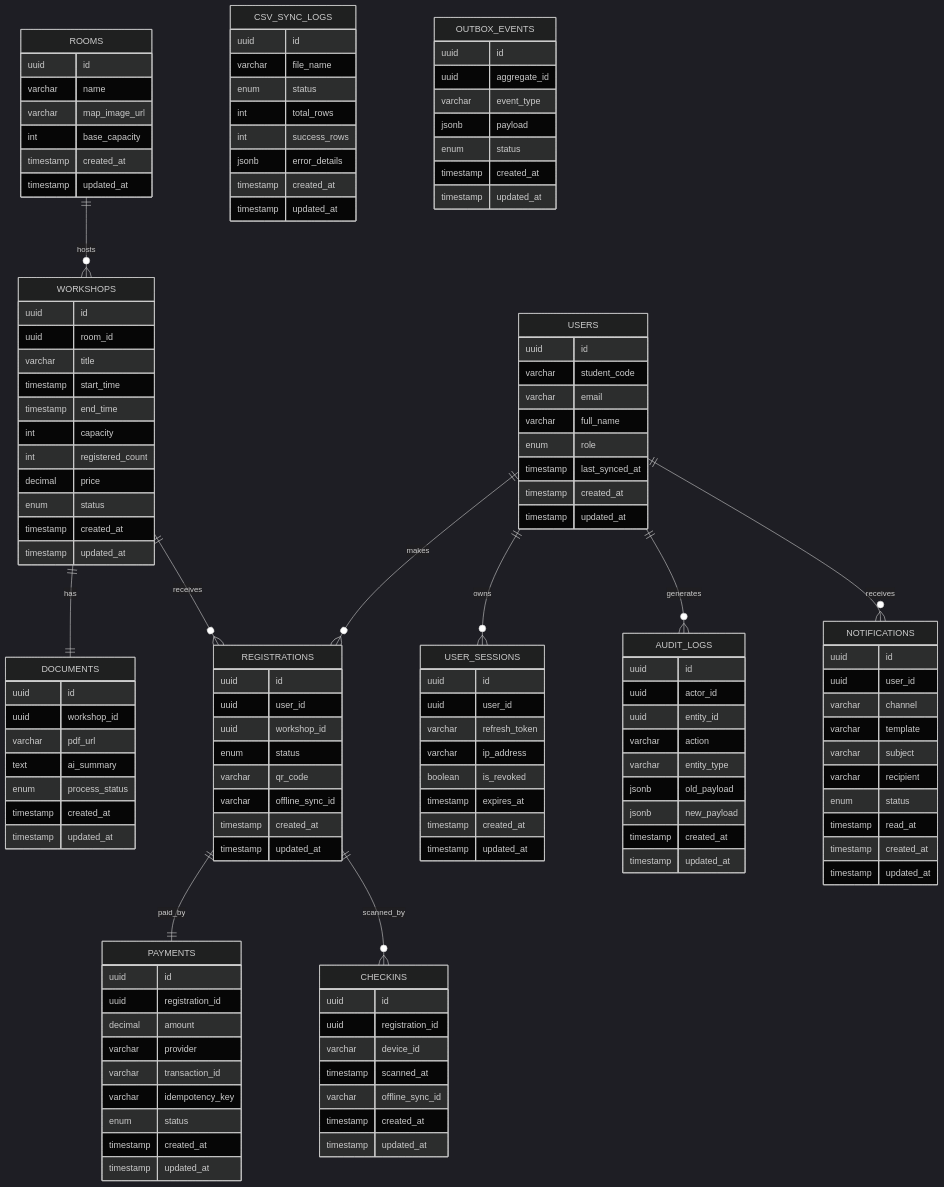
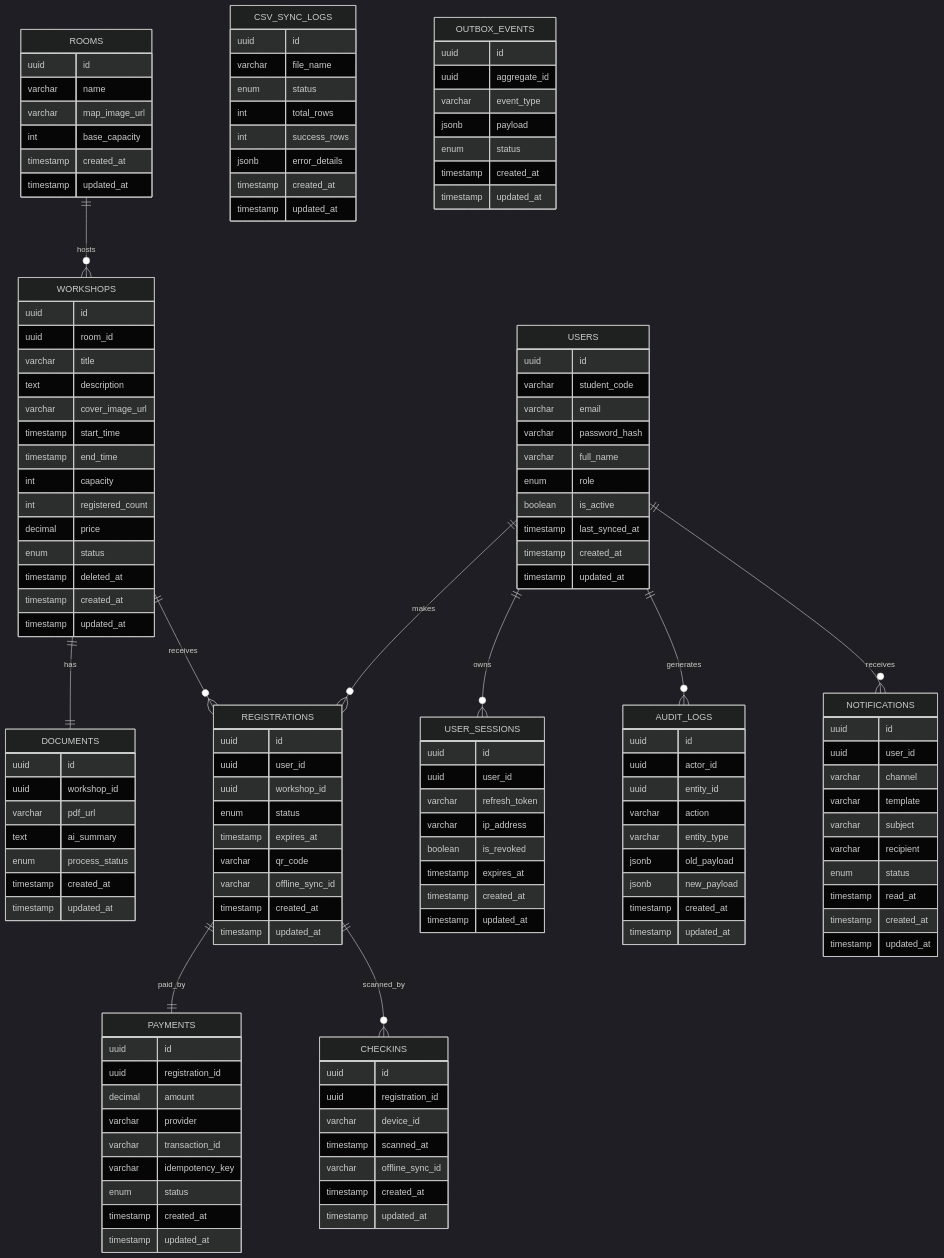
The fourth of 8 diagrams in blueprint/design.md (AkiraTomori/unihub_workshop), drawn with Mermaid (dark theme) before and after one commit. The commit also changed other lines of this file and 5 other files, not shown here.

```diff
--- a/blueprint/design.md
+++ b/blueprint/design.md
@@ -186,12 +193,15 @@
         uuid id
         uuid room_id
         varchar title
+        text description
+        varchar cover_image_url
         timestamp start_time
         timestamp end_time
         int capacity
         int registered_count
         decimal price
         enum status
+        timestamp deleted_at
         timestamp created_at
         timestamp updated_at
     }
@@ -210,8 +220,10 @@
         uuid id
         varchar student_code
         varchar email
+        varchar password_hash
         varchar full_name
         enum role
+        boolean is_active
         timestamp last_synced_at
         timestamp created_at
         timestamp updated_at
@@ -246,6 +258,7 @@
         uuid user_id
         uuid workshop_id
         enum status
+        timestamp expires_at
         varchar qr_code
         varchar offline_sync_id
         timestamp created_at
```
